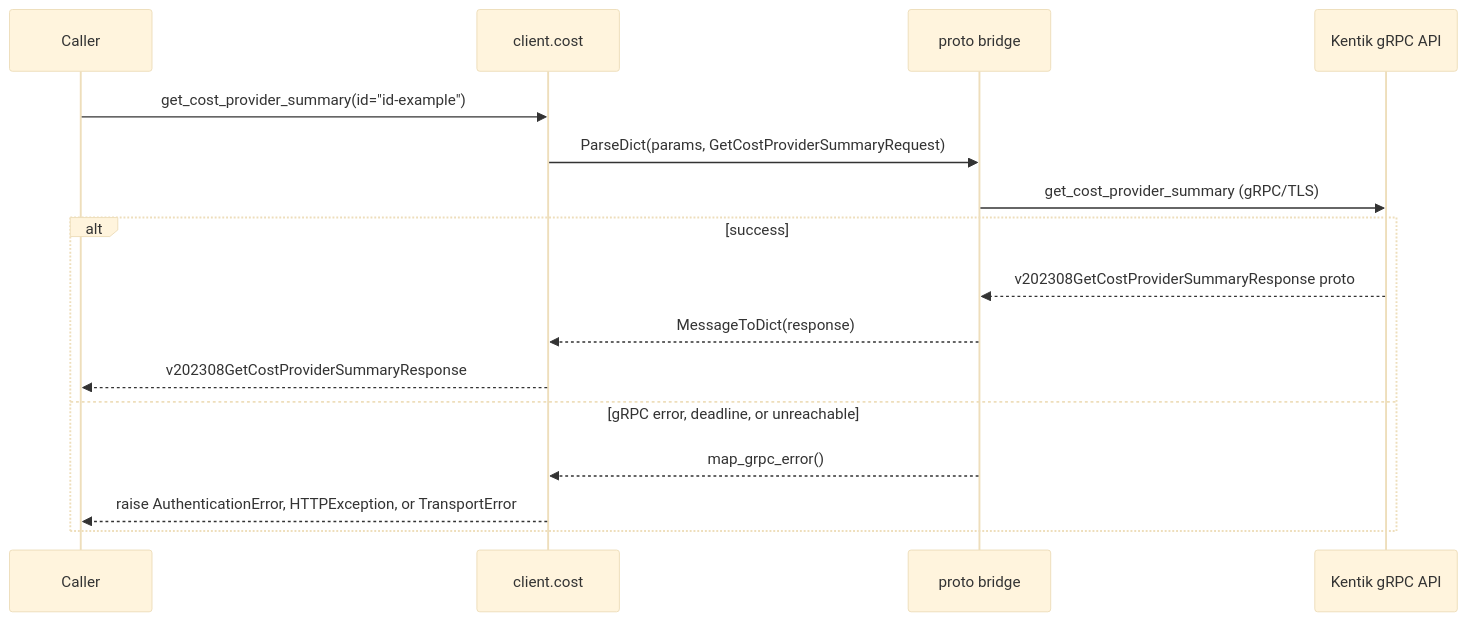
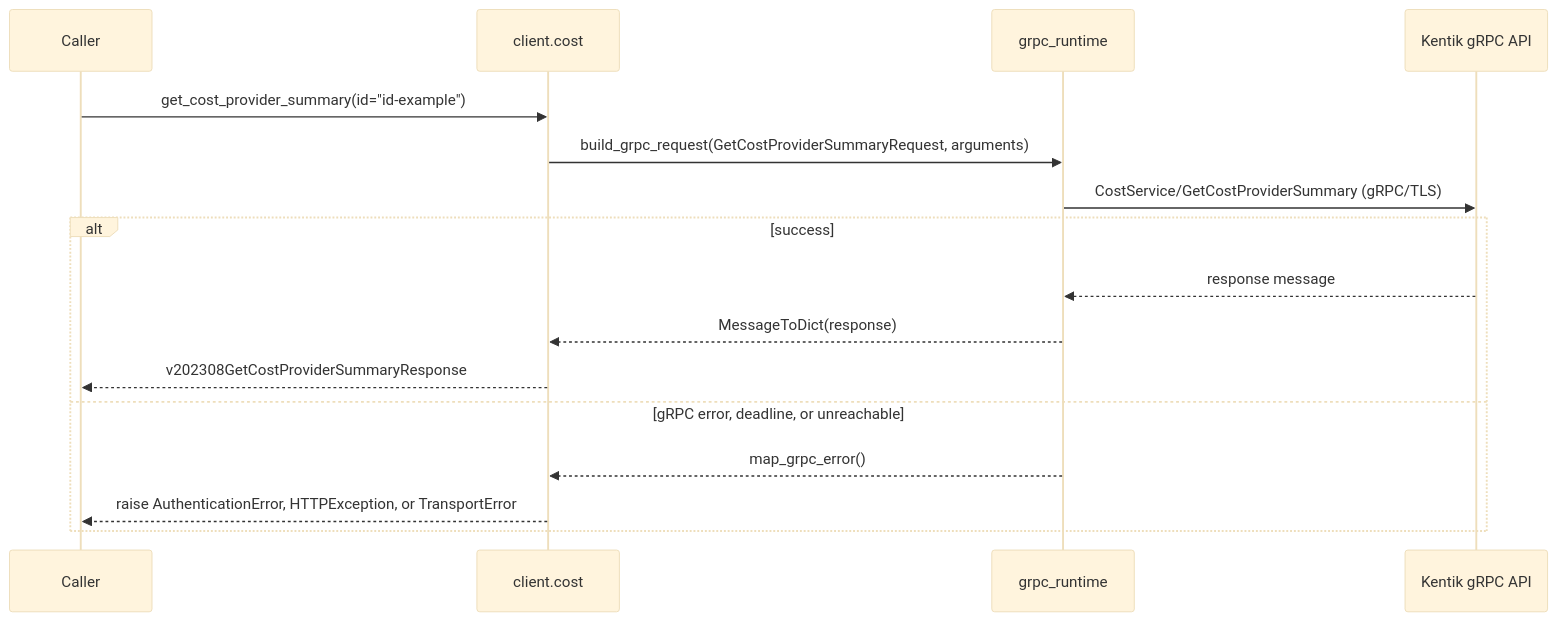
The seventh of 8 diagrams in docs/sphinx/services/cost.md (alexdearaujo/community_sdk_python), drawn with Mermaid (base theme) before and after one commit. The commit also changed other lines of this file and 37 other files, not shown here.

First line of the commit message:
docs: show the real RPC in each service page's gRPC diagram

````diff
--- a/docs/sphinx/services/cost.md
+++ b/docs/sphinx/services/cost.md
@@ -201,19 +201,19 @@
 ```mermaid
 sequenceDiagram
     participant C as Caller
     participant W as client.cost
-    participant B as proto bridge
+    participant R as grpc_runtime
     participant API as Kentik gRPC API
 
     C->>W: get_cost_provider_summary(id="id-example")
-    W->>B: ParseDict(params, GetCostProviderSummaryRequest)
-    B->>API: get_cost_provider_summary (gRPC/TLS)
+    W->>R: build_grpc_request(GetCostProviderSummaryRequest, arguments)
+    R->>API: CostService/GetCostProviderSummary (gRPC/TLS)
     alt success
-        API-->>B: v202308GetCostProviderSummaryResponse proto
-        B-->>W: MessageToDict(response)
+        API-->>R: response message
+        R-->>W: MessageToDict(response)
         W-->>C: v202308GetCostProviderSummaryResponse
     else gRPC error, deadline, or unreachable
-        B-->>W: map_grpc_error()
+        R-->>W: map_grpc_error()
         W-->>C: raise AuthenticationError, HTTPException, or TransportError
     end
 ```
````
